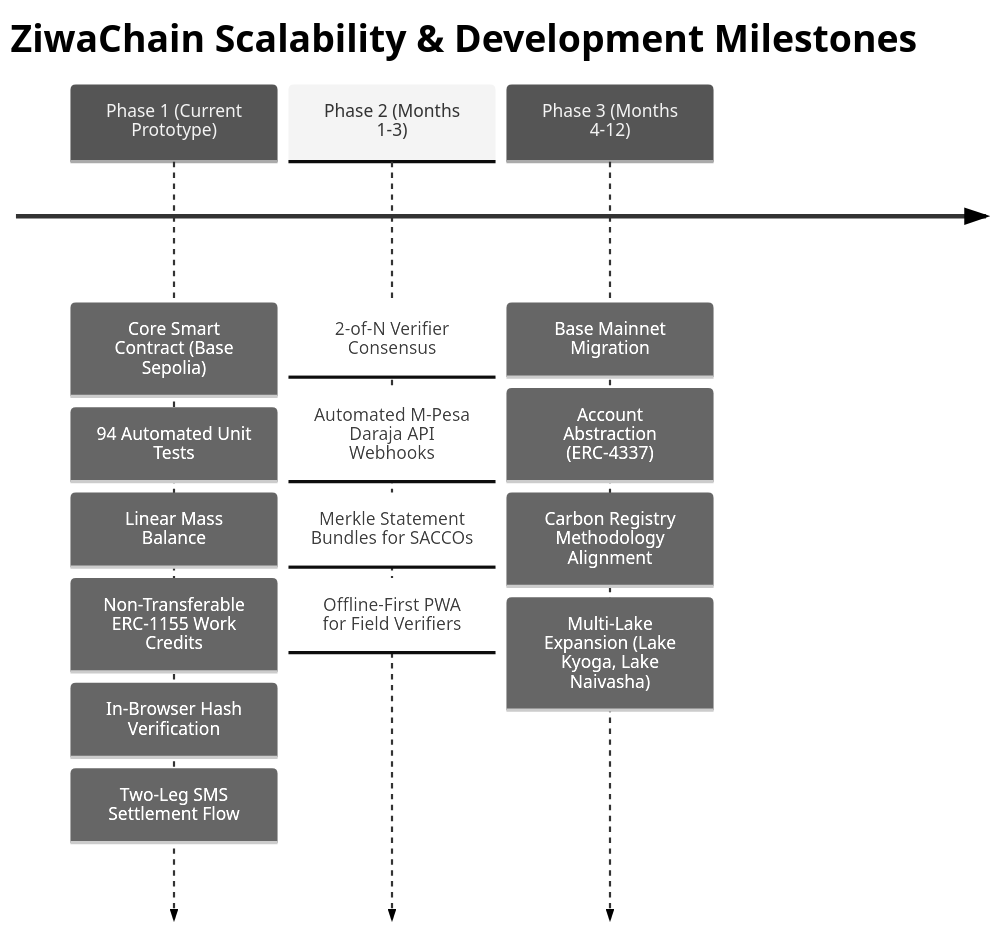
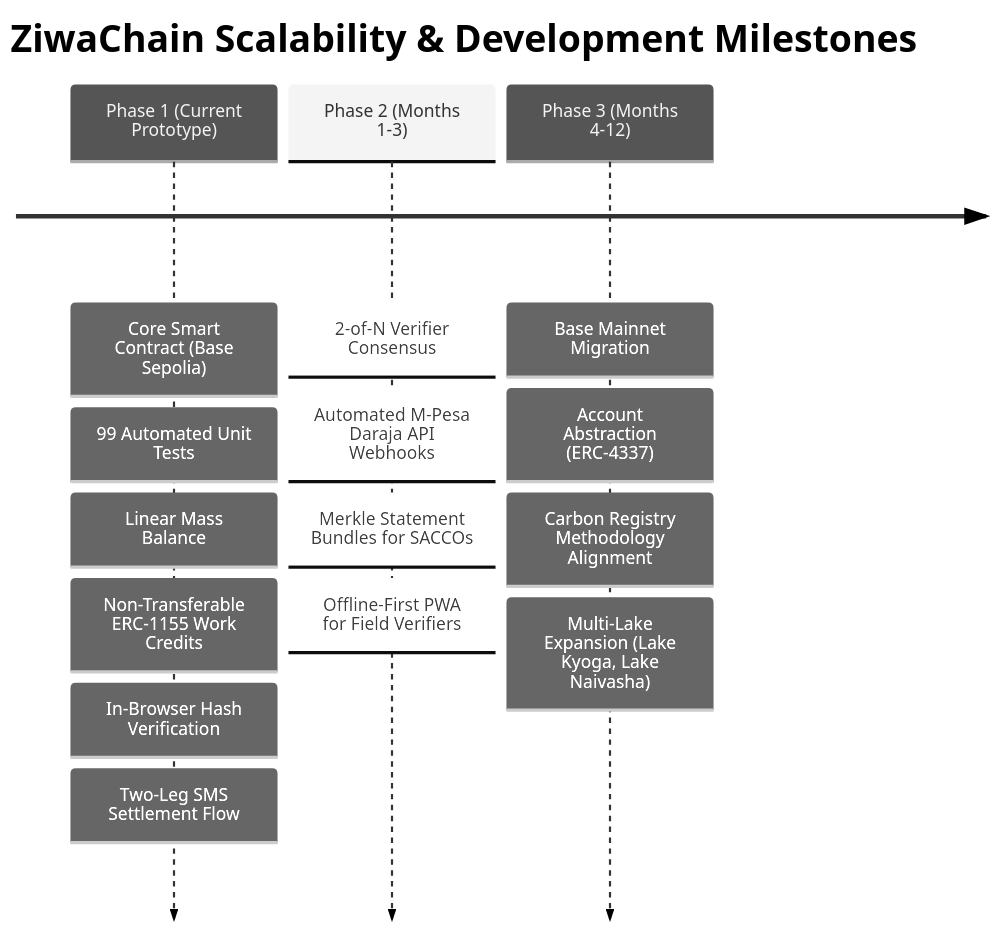
Before and after one commit to Gathoni-K/ziwaChain: the diagram in docs/adoptionAndScalability.md, drawn with Mermaid (neutral theme). The commit also changed other lines of this file and 26 other files, not shown here.

````diff
--- a/docs/adoptionAndScalability.md
+++ b/docs/adoptionAndScalability.md
@@ -82,7 +82,7 @@
 ```mermaid
 timeline
     title ZiwaChain Scalability & Development Milestones
-    Phase 1 (Current Prototype) : Core Smart Contract (Base Sepolia) : 94 Automated Unit Tests : Linear Mass Balance : Non-Transferable ERC-1155 Work Credits : In-Browser Hash Verification : Two-Leg SMS Settlement Flow
+    Phase 1 (Current Prototype) : Core Smart Contract (Base Sepolia) : 99 Automated Unit Tests : Linear Mass Balance : Non-Transferable ERC-1155 Work Credits : In-Browser Hash Verification : Two-Leg SMS Settlement Flow
     Phase 2 (Months 1-3) : 2-of-N Verifier Consensus : Automated M-Pesa Daraja API Webhooks : Merkle Statement Bundles for SACCOs : Offline-First PWA for Field Verifiers
     Phase 3 (Months 4-12) : Base Mainnet Migration : Account Abstraction (ERC-4337) : Carbon Registry Methodology Alignment : Multi-Lake Expansion (Lake Kyoga, Lake Naivasha)
 ```
````
